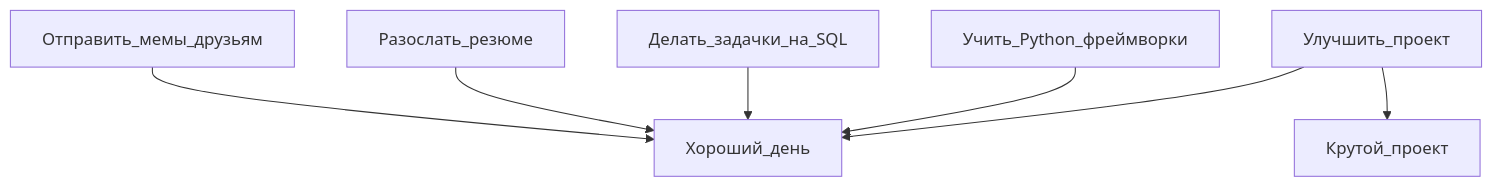
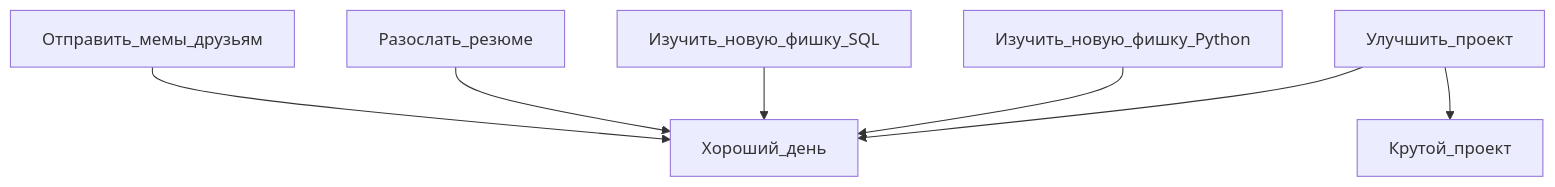
Before and after one commit to Dopelen/Dopelen: the diagram in README.ru.md, drawn with Mermaid. The commit also changed other lines of this file, not shown here.

````diff
--- a/README.ru.md
+++ b/README.ru.md
@@ -81,9 +143,9 @@
 ```mermaid
 graph TD;
     Улучшить_проект-->Хороший_день;
     Улучшить_проект-->Крутой_проект;
-    Учить_Python_фреймворки-->Хороший_день;
-    Делать_задачки_на_SQL-->Хороший_день;
+    Изучить_новую_фишку_Python-->Хороший_день;
+    Изучить_новую_фишку_SQL-->Хороший_день;
     Разослать_резюме-->Хороший_день;
     Отправить_мемы_друзьям-->Хороший_день;
 ```
````
